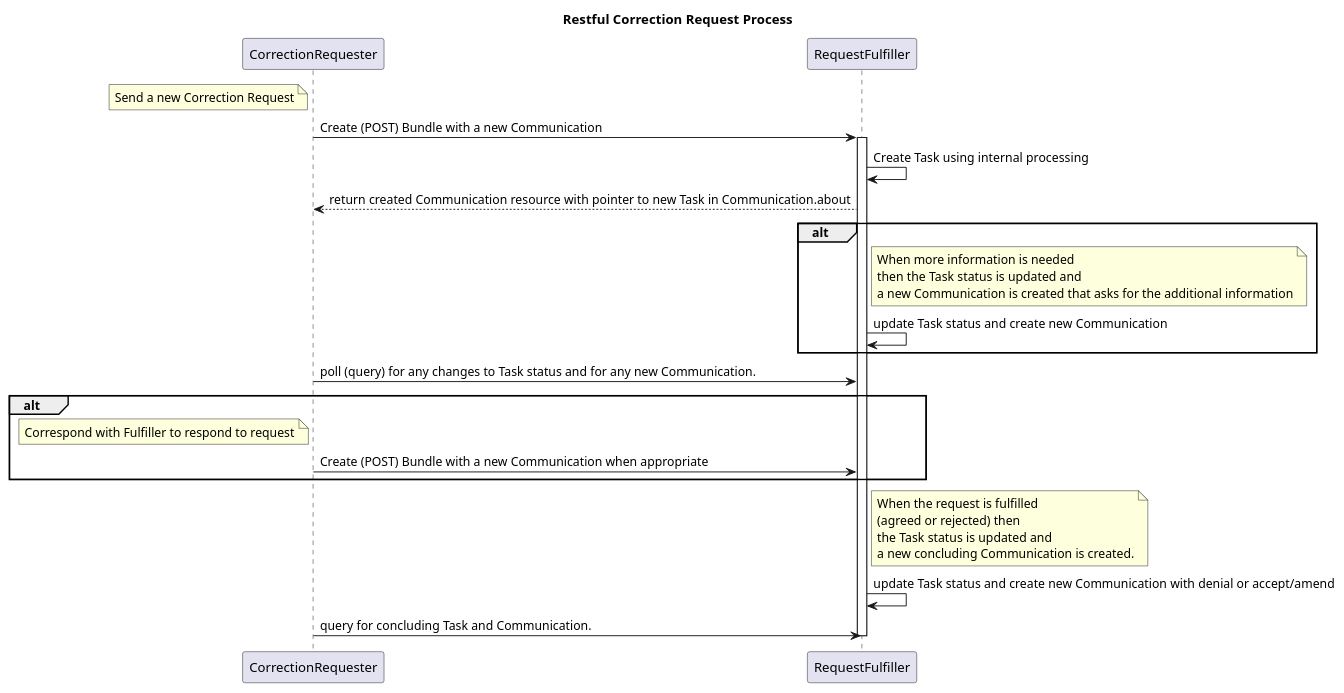
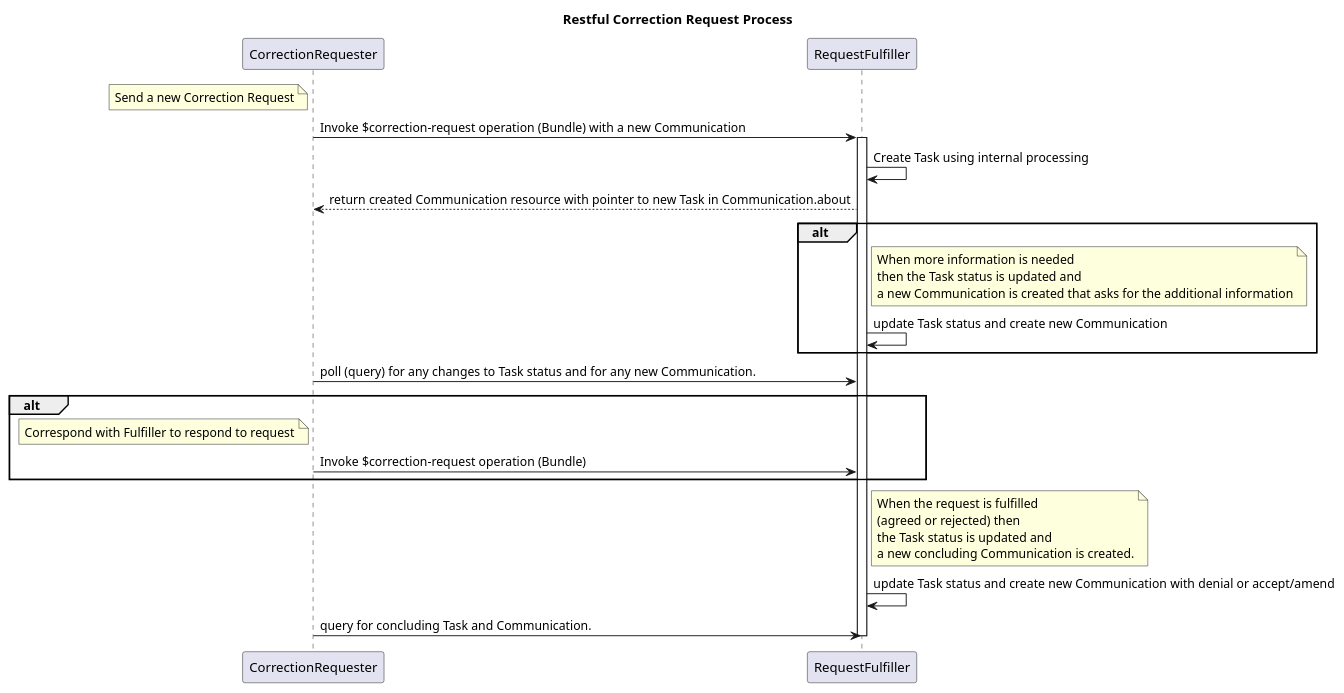
One commit to HL7/fhir-patient-correction changed the diagram in input/images-source/task-comm-request.plantuml. Above: the diagram before and after it, drawn with PlantUML. The commit also changed 2 other files, not shown here.

Commit message:
updates to RESTful diagram and Operation

```diff
--- a/input/images-source/task-comm-request.plantuml
+++ b/input/images-source/task-comm-request.plantuml
@@ -1,38 +1,38 @@
 @startuml
 title Restful Correction Request Process
 
 note left of CorrectionRequester
 Send a new Correction Request
 end note
-CorrectionRequester->RequestFulfiller: Create (POST) Bundle with a new Communication
+CorrectionRequester->RequestFulfiller: Invoke $correction-request operation (Bundle) with a new Communication
 activate RequestFulfiller
 RequestFulfiller->RequestFulfiller: Create Task using internal processing
 RequestFulfiller-->CorrectionRequester: return created Communication resource with pointer to new Task in Communication.about
 
 alt
 note right of RequestFulfiller
 When more information is needed
 then the Task status is updated and 
 a new Communication is created that asks for the additional information
 end note
 RequestFulfiller->RequestFulfiller: update Task status and create new Communication
 end
 CorrectionRequester -> RequestFulfiller: poll (query) for any changes to Task status and for any new Communication.
 alt
 note left of CorrectionRequester
 Correspond with Fulfiller to respond to request
 end note
-CorrectionRequester->RequestFulfiller: Create (POST) Bundle with a new Communication when appropriate
+CorrectionRequester->RequestFulfiller: Invoke $correction-request operation (Bundle)
 end
 note right of RequestFulfiller
 When the request is fulfilled
 (agreed or rejected) then 
 the Task status is updated and
 a new concluding Communication is created.
 end note
 RequestFulfiller->RequestFulfiller: update Task status and create new Communication with denial or accept/amend
 CorrectionRequester -> RequestFulfiller: query for concluding Task and Communication.
 
 
 Deactivate RequestFulfiller
 @enduml
```
